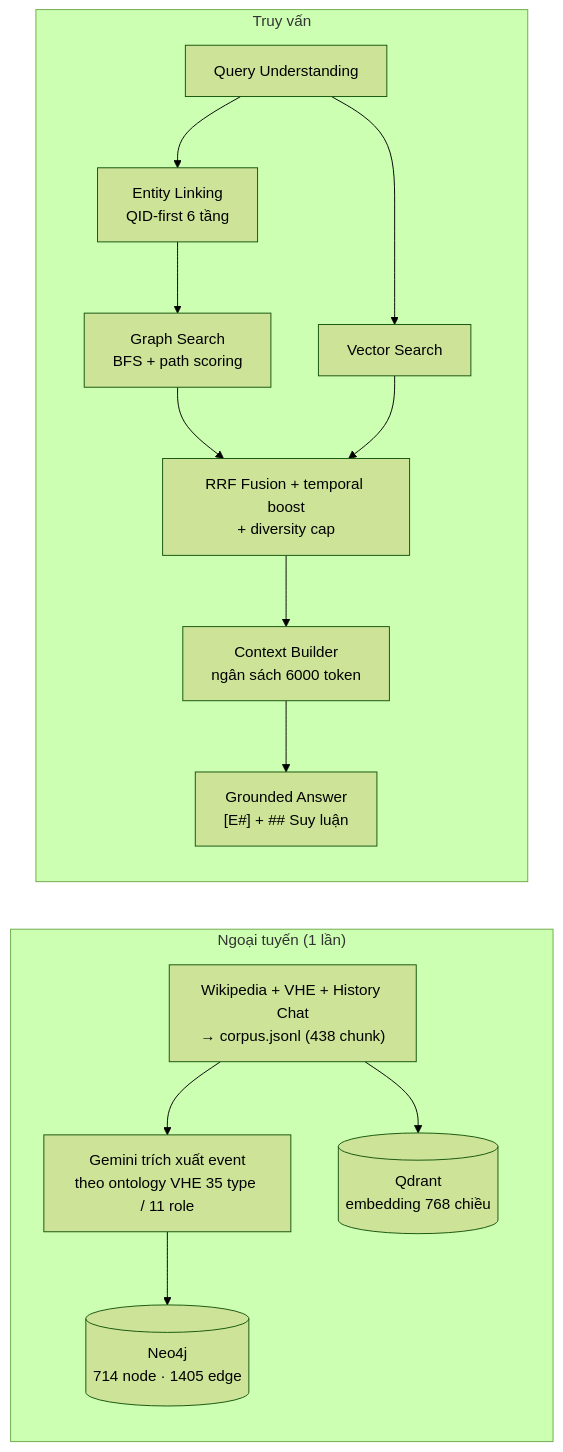
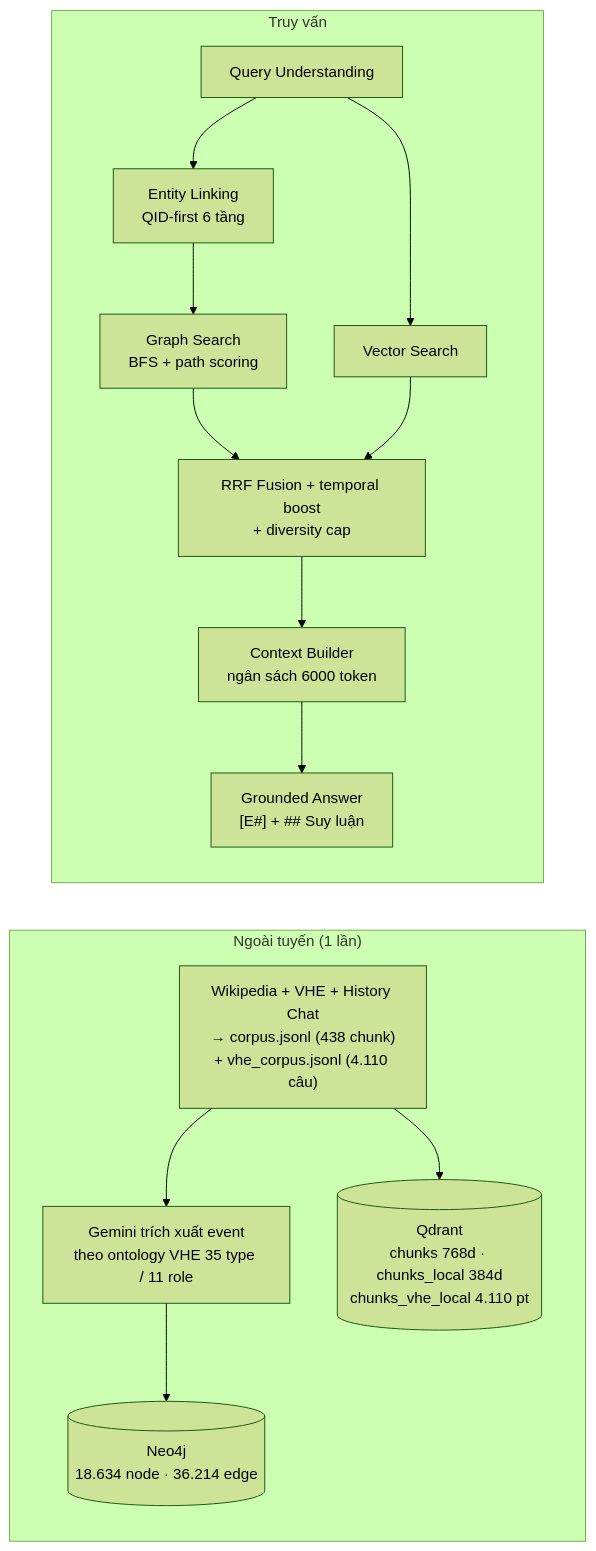
Before and after one commit to HoangDucHiep/nlp_vietnam_history_graphrag: the diagram in README.md, drawn with Mermaid (forest theme). The commit also changed other lines of this file and 2 other files, not shown here.

Commit message:
docs: refresh the architecture, retrieval and evaluation docs to match the code

````diff
--- a/README.md
+++ b/README.md
@@ -25,25 +25,25 @@
 ```mermaid
 flowchart LR
-  subgraph offline["Ngoại tuyến (1 lần)"]
-    ING["Wikipedia + VHE + History Chat<br/>→ corpus.jsonl (438 chunk)"]
+  subgraph offline["Ngoài tuyến (1 lần)"]
+    ING["Wikipedia + VHE + History Chat<br/>→ corpus.jsonl (438 chunk)<br/>+ vhe_corpus.jsonl (4.110 câu)"]
     EXT["Gemini trích xuất event<br/>theo ontology VHE 35 type / 11 role"]
-    KG[("Neo4j<br/>714 node · 1405 edge")]
-    VEC[("Qdrant<br/>embedding 768 chiều")]
+    KG[("Neo4j<br/>18.634 node · 36.214 edge")]
+    VEC[("Qdrant<br/>chunks 768d · chunks_local 384d<br/>chunks_vhe_local 4.110 pt")]
   end
   subgraph online["Truy vấn"]
     QU["Query Understanding"]
     EL["Entity Linking<br/>QID-first 6 tầng"]
     GS["Graph Search<br/>BFS + path scoring"]
     VS["Vector Search"]
     FU["RRF Fusion + temporal boost<br/>+ diversity cap"]
     CTX["Context Builder<br/>ngân sách 6000 token"]
     ANS["Grounded Answer<br/>[E#] + ## Suy luận"]
   end
   ING --> EXT --> KG
   ING --> VEC
   QU --> EL --> GS
   QU --> VS
   GS --> FU
   VS --> FU
   FU --> CTX --> ANS
 ```
````
